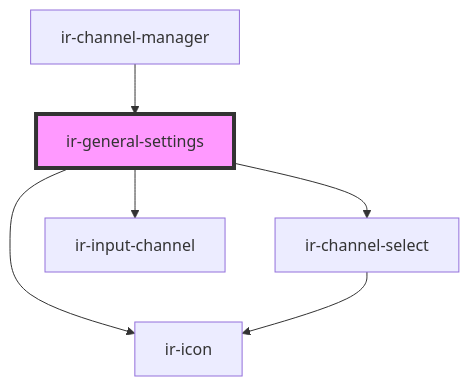
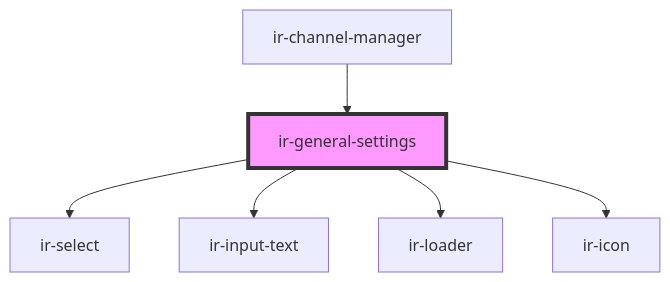
One commit to freddynasr/ir-webcmp changed the diagram in src/components/ir-general-settings/readme.md. Above: the diagram before and after it, drawn with Mermaid. The commit also changed other lines of this file and 18 other files, not shown here.

````diff
--- a/src/components/ir-general-settings/readme.md
+++ b/src/components/ir-general-settings/readme.md
@@ -37,9 +38,9 @@
 ```mermaid
 graph TD;
-  ir-general-settings --> ir-channel-select
-  ir-general-settings --> ir-input-channel
+  ir-general-settings --> ir-select
+  ir-general-settings --> ir-input-text
+  ir-general-settings --> ir-loader
   ir-general-settings --> ir-icon
-  ir-channel-select --> ir-icon
   ir-channel-manager --> ir-general-settings
   style ir-general-settings fill:#f9f,stroke:#333,stroke-width:4px
 ```
````
